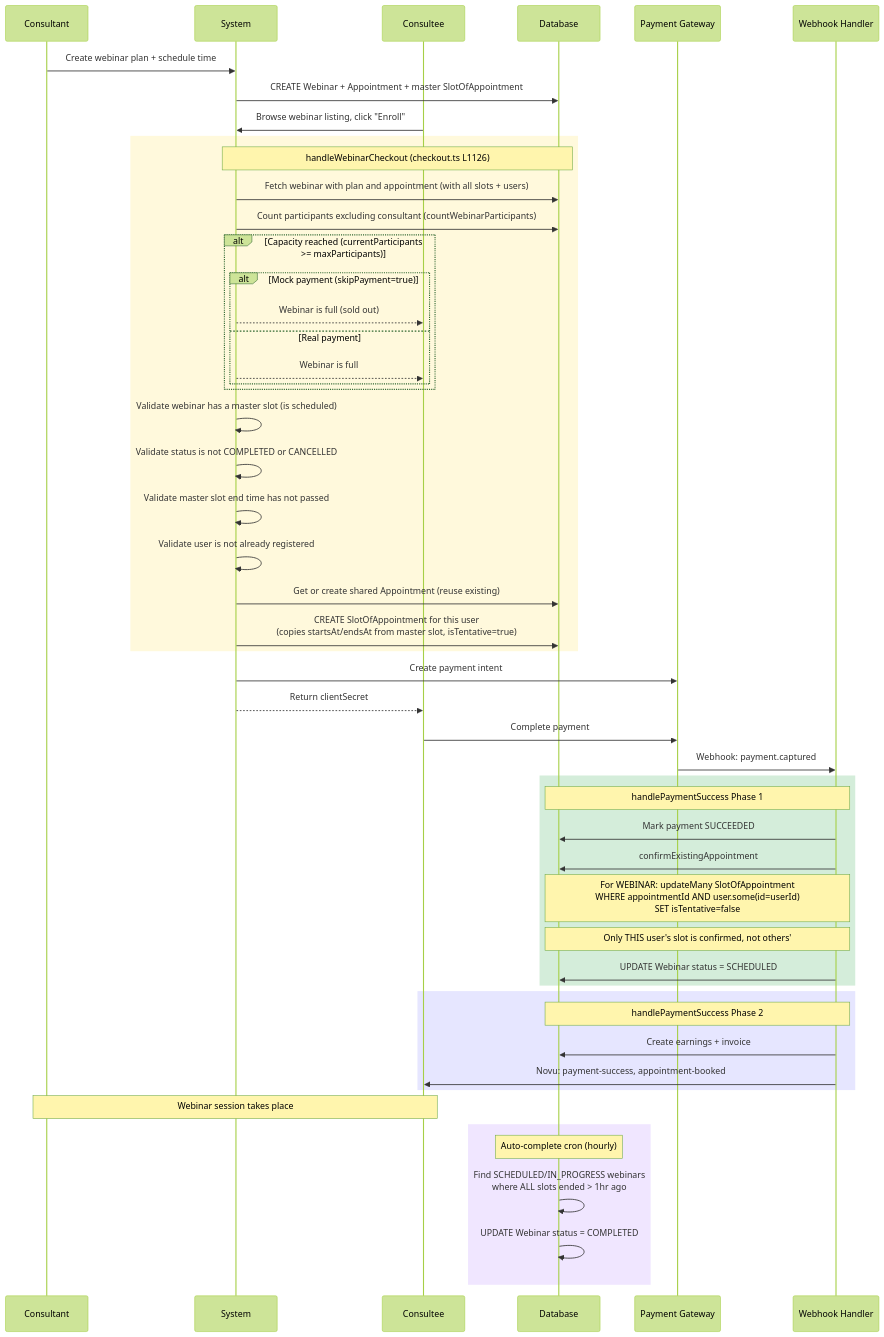
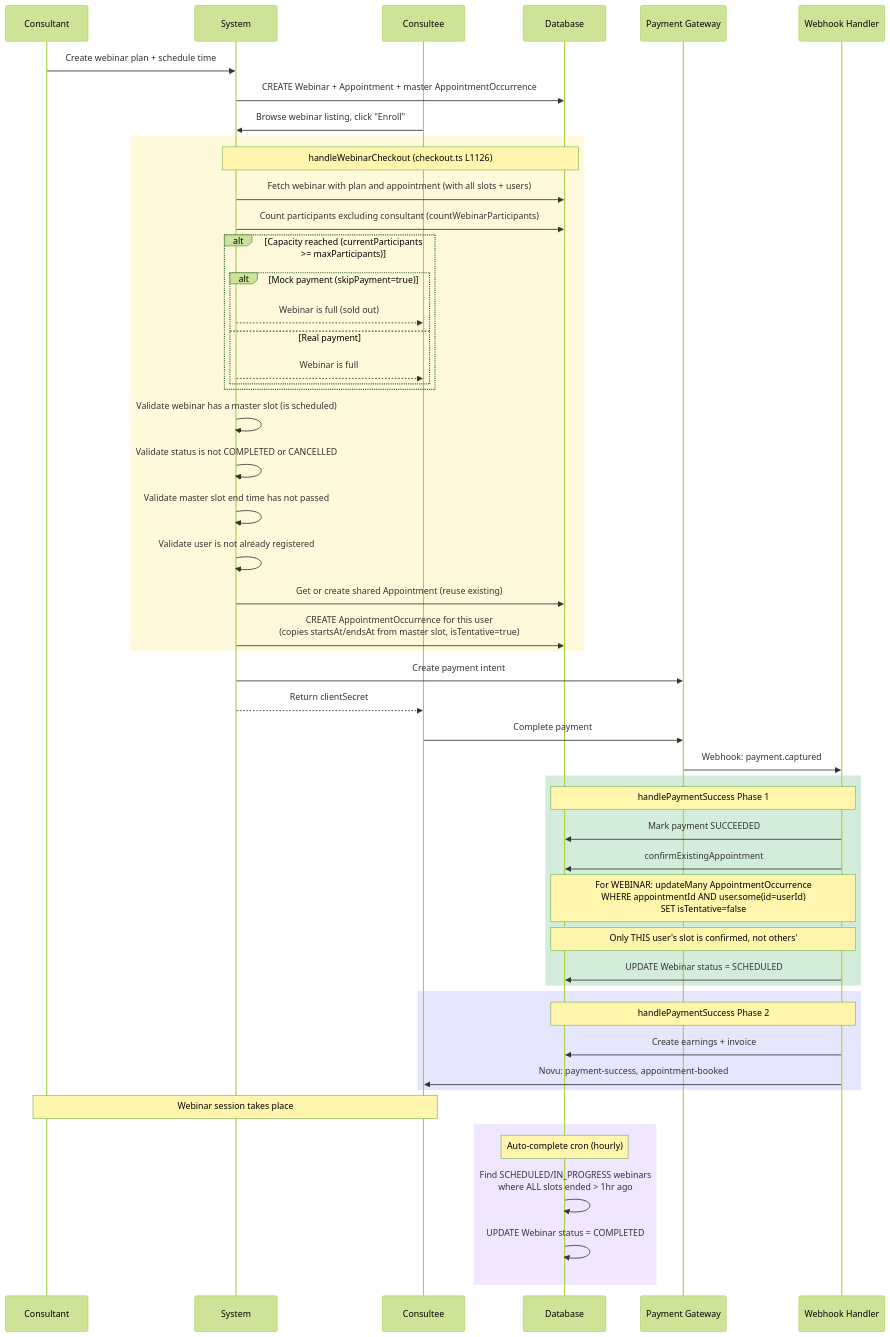
Before and after one commit to Practitionist/familiarise_web: the sixth of 16 diagrams in docs/booking/06-booking-lifecycle.md, drawn with Mermaid (forest theme). The commit also changed other lines of this file and 107 other files, not shown here.

Commit message:
docs(vocabulary): the scheduling glossary, booking, feedback, support, stream and review docs speak AppointmentOccurrence, Meeting and Trial (#1554)

````diff
--- a/docs/booking/06-booking-lifecycle.md
+++ b/docs/booking/06-booking-lifecycle.md
@@ -410,64 +410,64 @@
 ```mermaid
 sequenceDiagram
     participant CT as Consultant
     participant SYS as System
     participant CE as Consultee
     participant DB as Database
     participant GW as Payment Gateway
     participant WH as Webhook Handler
 
     CT->>SYS: Create webinar plan + schedule time
-    SYS->>DB: CREATE Webinar + Appointment + master SlotOfAppointment
+    SYS->>DB: CREATE Webinar + Appointment + master AppointmentOccurrence
 
     CE->>SYS: Browse webinar listing, click "Enroll"
 
     rect rgb(255, 249, 220)
         Note over SYS,DB: handleWebinarCheckout (checkout.ts L1126)
         SYS->>DB: Fetch webinar with plan and appointment (with all slots + users)
         SYS->>DB: Count participants excluding consultant (countWebinarParticipants)
 
         alt Capacity reached (currentParticipants >= maxParticipants)
             alt Mock payment (skipPayment=true)
                 SYS-->>CE: Webinar is full (sold out)
             else Real payment
                 SYS-->>CE: Webinar is full
             end
         end
 
         SYS->>SYS: Validate webinar has a master slot (is scheduled)
         SYS->>SYS: Validate status is not COMPLETED or CANCELLED
         SYS->>SYS: Validate master slot end time has not passed
         SYS->>SYS: Validate user is not already registered
 
         SYS->>DB: Get or create shared Appointment (reuse existing)
-        SYS->>DB: CREATE SlotOfAppointment for this user<br/>(copies startsAt/endsAt from master slot, isTentative=true)
+        SYS->>DB: CREATE AppointmentOccurrence for this user<br/>(copies startsAt/endsAt from master slot, isTentative=true)
     end
 
     SYS->>GW: Create payment intent
     SYS-->>CE: Return clientSecret
     CE->>GW: Complete payment
     GW->>WH: Webhook: payment.captured
 
     rect rgb(212, 237, 218)
         Note over WH,DB: handlePaymentSuccess Phase 1
         WH->>DB: Mark payment SUCCEEDED
         WH->>DB: confirmExistingAppointment
-        Note over WH,DB: For WEBINAR: updateMany SlotOfAppointment<br/>WHERE appointmentId AND user.some(id=userId)<br/>SET isTentative=false
+        Note over WH,DB: For WEBINAR: updateMany AppointmentOccurrence<br/>WHERE appointmentId AND user.some(id=userId)<br/>SET isTentative=false
         Note over WH,DB: Only THIS user's slot is confirmed, not others'
         WH->>DB: UPDATE Webinar status = SCHEDULED
     end
 
     rect rgb(230, 230, 255)
         Note over WH,DB: handlePaymentSuccess Phase 2
         WH->>DB: Create earnings + invoice
         WH->>CE: Novu: payment-success, appointment-booked
     end
 
     Note over CT,CE: Webinar session takes place
 
     rect rgb(240, 230, 255)
         Note over DB: Auto-complete cron (hourly)
         DB->>DB: Find SCHEDULED/IN_PROGRESS webinars<br/>where ALL slots ended > 1hr ago
         DB->>DB: UPDATE Webinar status = COMPLETED
     end
 ```
````
